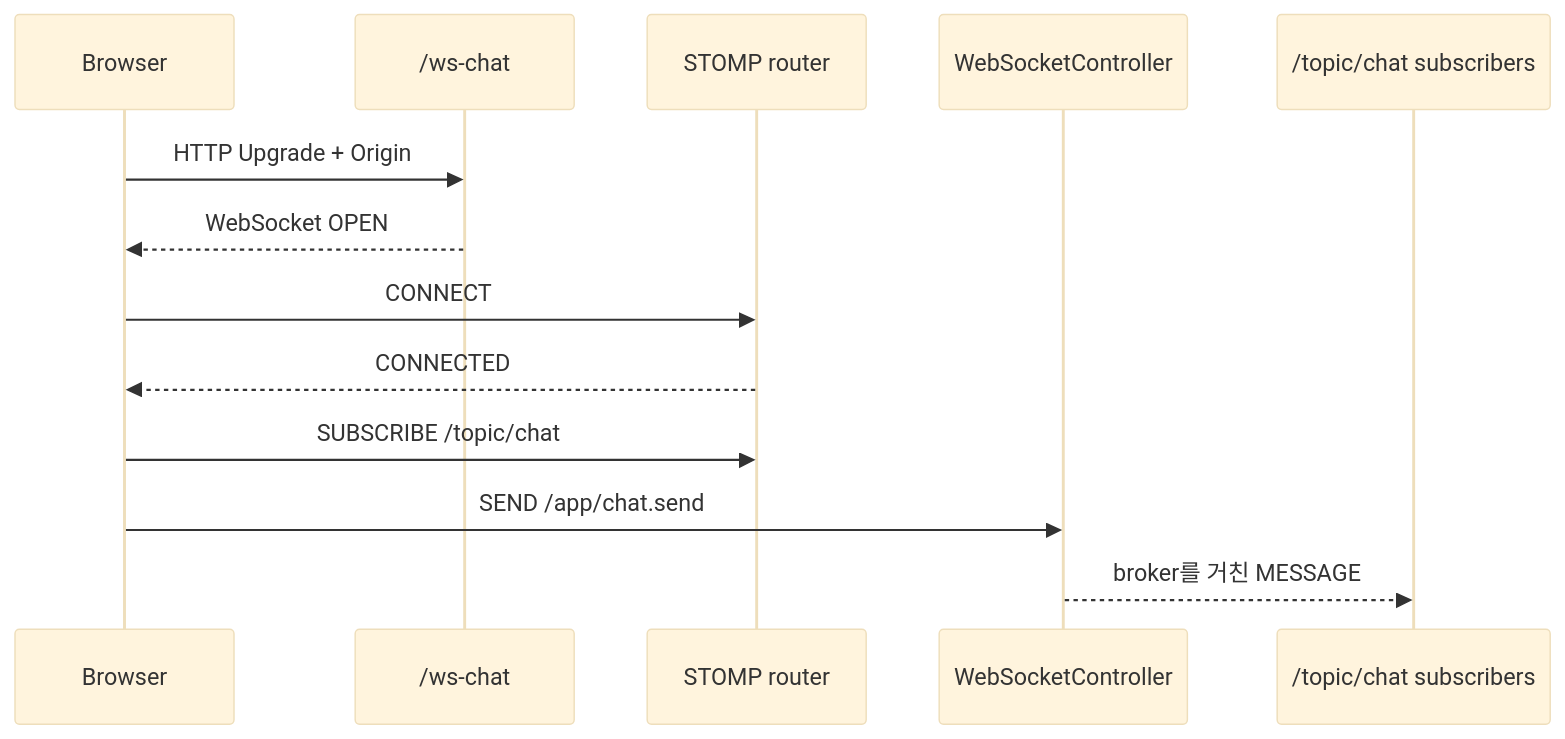
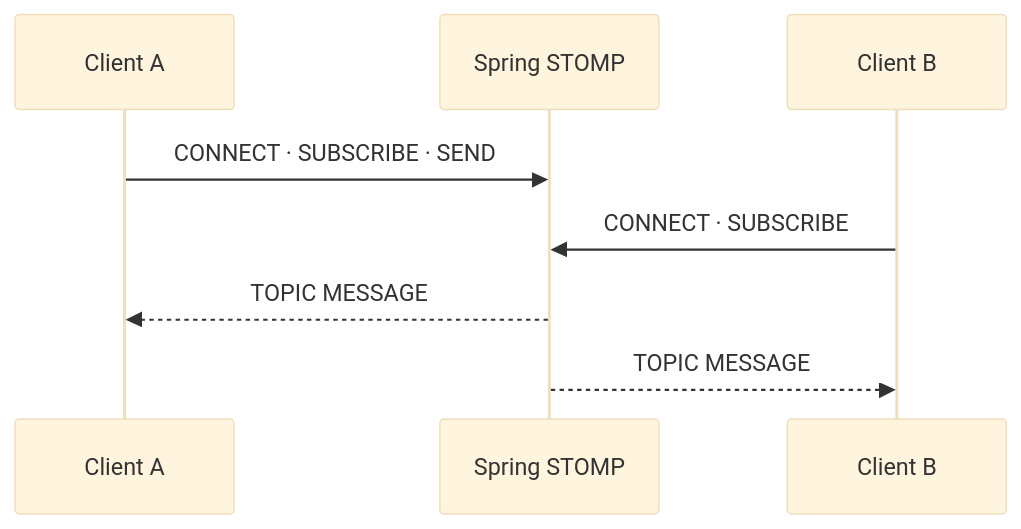
The diagram in docs/theory.md (stdiodh/spring-boot-realtime-communication-lab), drawn with Mermaid (base theme) before and after one commit. The commit also changed other lines of this file and 13 other files, not shown here.

````diff
--- a/docs/theory.md
+++ b/docs/theory.md
@@ -20,15 +34,10 @@
 ```mermaid
 sequenceDiagram
-    participant B as Browser
-    participant W as /ws-chat
-    participant S as STOMP router
-    participant C as WebSocketController
-    participant R as /topic/chat subscribers
-    B->>W: HTTP Upgrade + Origin
-    W-->>B: WebSocket OPEN
-    B->>S: CONNECT
-    S-->>B: CONNECTED
-    B->>S: SUBSCRIBE /topic/chat
-    B->>C: SEND /app/chat.send
-    C-->>R: broker를 거친 MESSAGE
+    participant A as Client A
+    participant S as Spring STOMP
+    participant B as Client B
+    A->>S: CONNECT · SUBSCRIBE · SEND
+    B->>S: CONNECT · SUBSCRIBE
+    S-->>A: TOPIC MESSAGE
+    S-->>B: TOPIC MESSAGE
 ```
````
